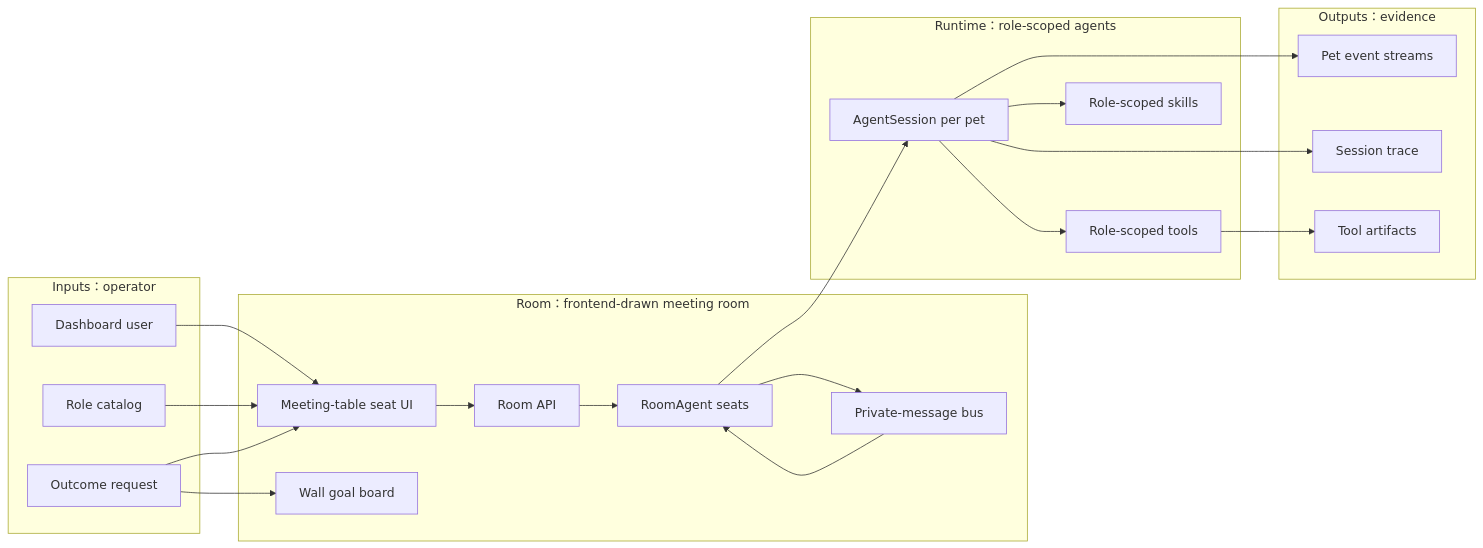
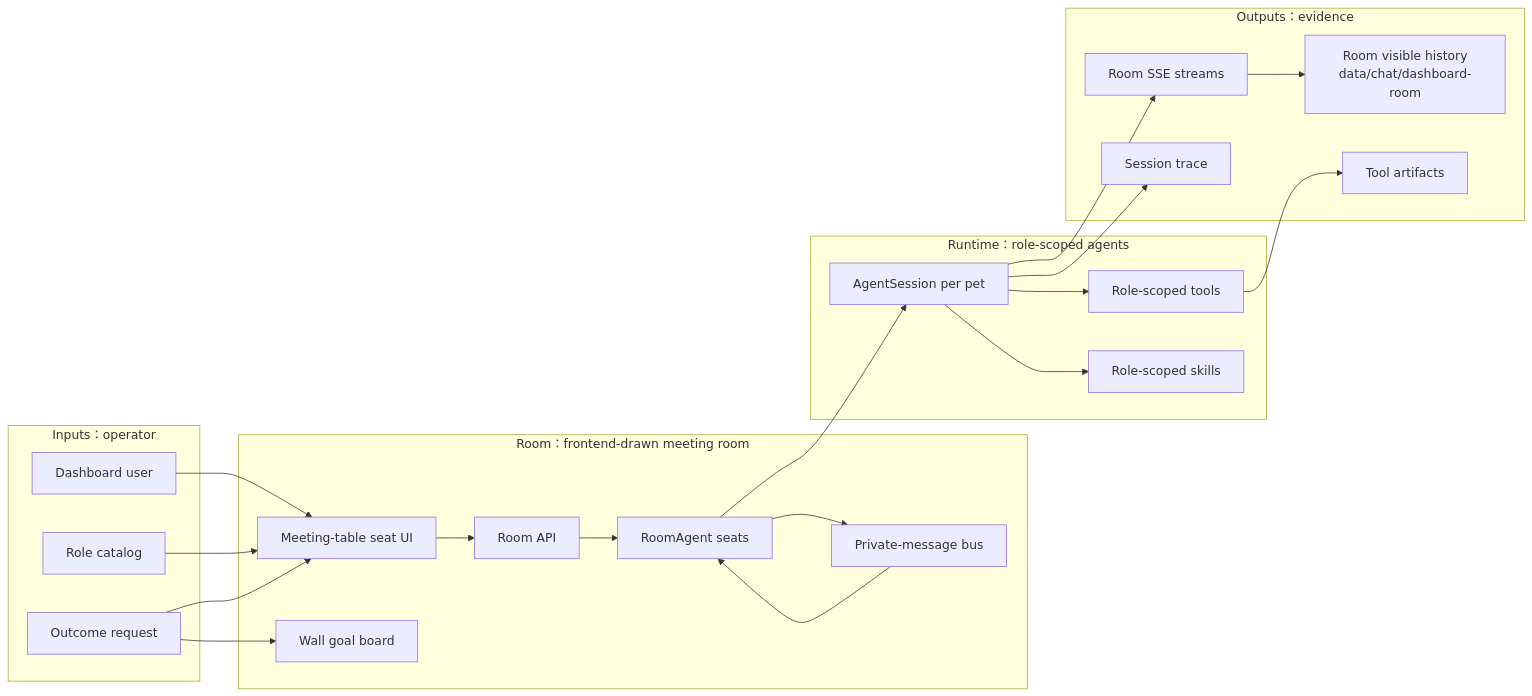
One commit to fightheyyy/XiaoBa-CLI changed the first of 2 diagrams in dashboard/SPEC.md. Above: the diagram before and after it, drawn with Mermaid. The commit also changed other lines of this file and 155 other files, not shown here.

````diff
--- a/dashboard/SPEC.md
+++ b/dashboard/SPEC.md
@@ -28,43 +29,45 @@
 ```mermaid
 flowchart LR
     subgraph Inputs["Inputs：operator"]
         Human["Dashboard user"]
         Roles["Role catalog"]
         Mission["Outcome request"]
     end
 
     subgraph Room["Room：frontend-drawn meeting room"]
         UI["Meeting-table seat UI"]
         GoalBoard["Wall goal board"]
         API["Room API"]
         Seats["RoomAgent seats"]
         PM["Private-message bus"]
     end
 
     subgraph Runtime["Runtime：role-scoped agents"]
         Sessions["AgentSession per pet"]
         Tools["Role-scoped tools"]
         Skills["Role-scoped skills"]
     end
 
     subgraph Outputs["Outputs：evidence"]
-        SSE["Pet event streams"]
+        SSE["Room SSE streams"]
+        VisibleHistory["Room visible history<br/>data/chat/dashboard-room"]
         Trace["Session trace"]
         Artifacts["Tool artifacts"]
     end
 
     Human --> UI
     Roles --> UI
     Mission --> UI
     Mission --> GoalBoard
     UI --> API
     API --> Seats
     Seats --> PM
     PM --> Seats
     Seats --> Sessions
     Sessions --> Tools
     Sessions --> Skills
     Sessions --> SSE
+    SSE --> VisibleHistory
     Tools --> Artifacts
     Sessions --> Trace
 ```
````
